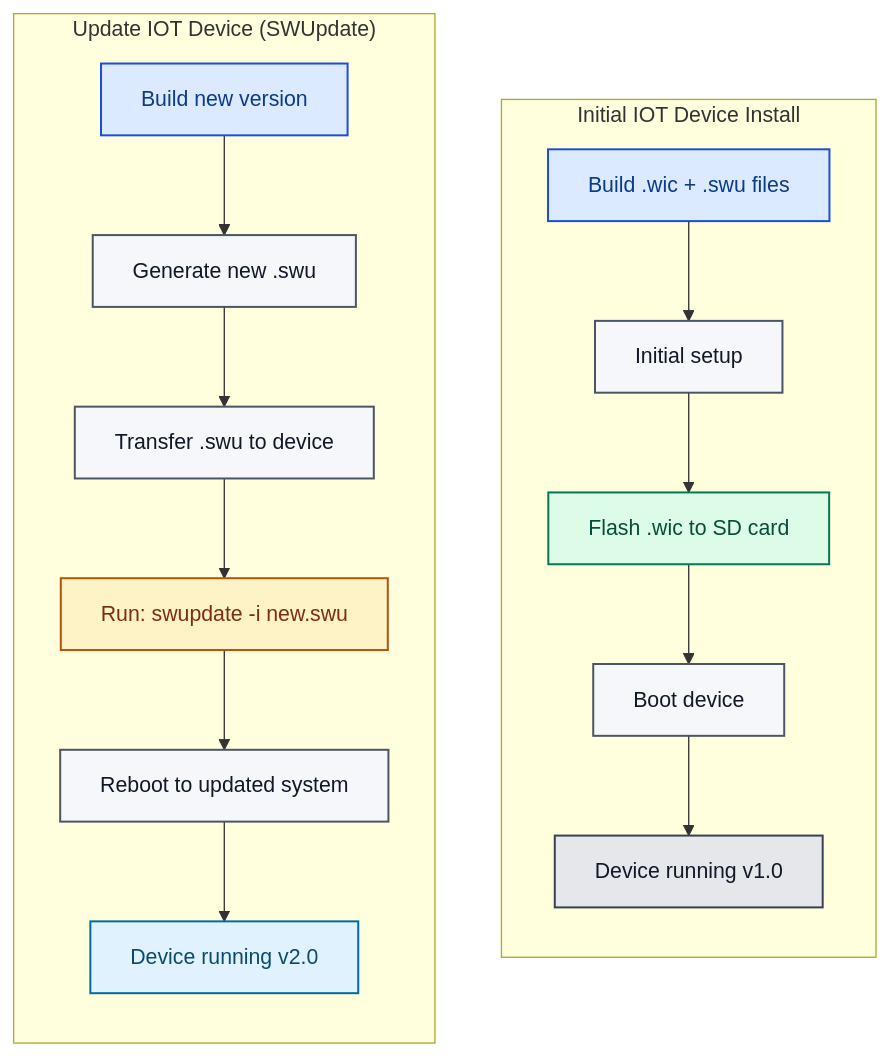
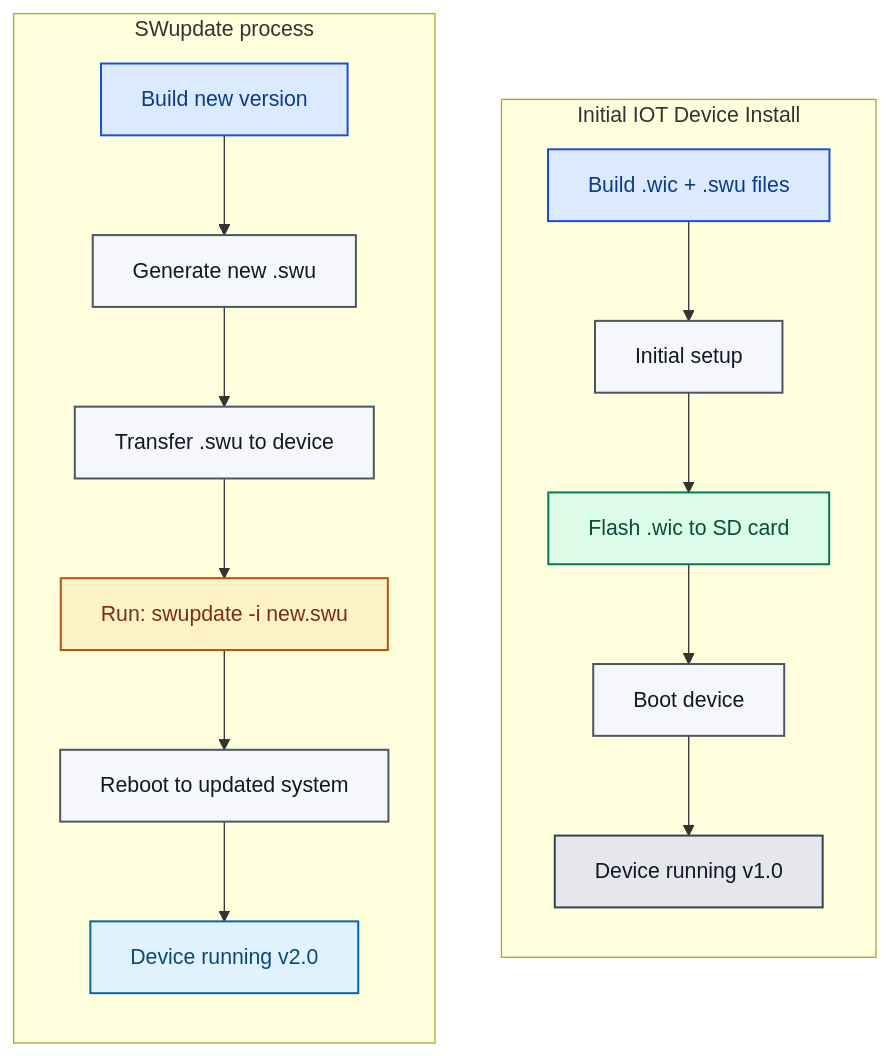
One commit to DGAM-PR/meta-iot2050-DGAM-PR changed the diagram in README-DGAM-PR.md. Above: the diagram before and after it, drawn with Mermaid.

Commit message:
fix subtitle

````diff
--- a/README-DGAM-PR.md
+++ b/README-DGAM-PR.md
@@ -9,34 +9,34 @@
 ```mermaid
 flowchart TD
 
   %% --- Workflow 1: Initial IOT Device Install ---
   subgraph V1["Initial IOT Device Install"]
     direction TB
     A[Build .wic + .swu files]:::build --> B[Initial setup]:::normal
     B --> C[Flash .wic to SD card]:::flash
     C --> D[Boot device]:::normal
     D --> E[Device running v1.0]:::state
   end
 
   %% --- Workflow 2: Update IO Device ---
-  subgraph V2["Update IOT Device (SWUpdate)"]
+  subgraph V2["SWupdate process"]
     direction TB
     F[Build new version]:::build --> G[Generate new .swu]:::normal
     G --> H[Transfer .swu to device]:::normal
     H --> I[Run: swupdate -i new.swu]:::action
     I --> J[Reboot to updated system]:::normal
     J --> K[Device running v2.0]:::state2
   end
 
   %% Optional: show that these are independent by NOT connecting V1 and V2
   %% If you want a light hint of relation without merging flows, uncomment:
   %% E -. reference only .-> F
 
   %% Styles for readability in light/dark GitHub themes
   classDef build fill:#dbeafe,stroke:#1d4ed8,stroke-width:1.5px,color:#0b3b8a;
   classDef normal fill:#f5f7fa,stroke:#4b5563,stroke-width:1.5px,color:#111827;
   classDef flash fill:#dcfce7,stroke:#047857,stroke-width:1.5px,color:#064e3b;
   classDef action fill:#fef3c7,stroke:#b45309,stroke-width:1.5px,color:#7c2d12;
   classDef state fill:#e5e7eb,stroke:#374151,stroke-width:1.5px,color:#111827;
   classDef state2 fill:#e0f2fe,stroke:#0369a1,stroke-width:1.5px,color:#0c4a6e;
 ```
````
